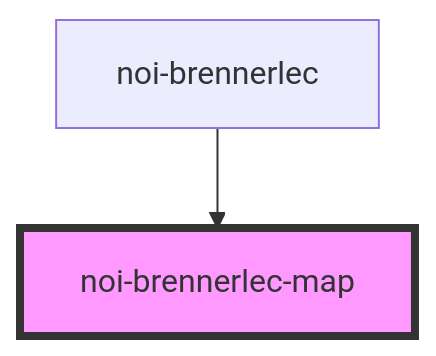
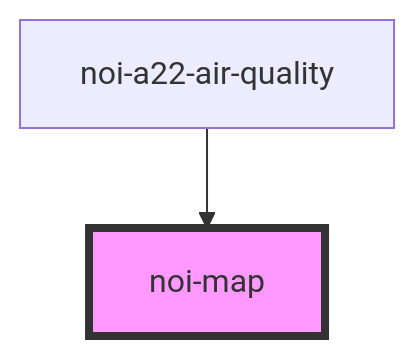
Before and after one commit to noi-techpark/webcomp-a22-air-quality: the diagram in src/blocks/map/readme.md, drawn with Mermaid. The commit also changed other lines of this file and 8 other files, not shown here.

````diff
--- a/src/blocks/map/readme.md
+++ b/src/blocks/map/readme.md
@@ -39,5 +41,5 @@
 ```mermaid
 graph TD;
-  noi-brennerlec --> noi-brennerlec-map
-  style noi-brennerlec-map fill:#f9f,stroke:#333,stroke-width:4px
+  noi-a22-air-quality --> noi-map
+  style noi-map fill:#f9f,stroke:#333,stroke-width:4px
 ```
````
